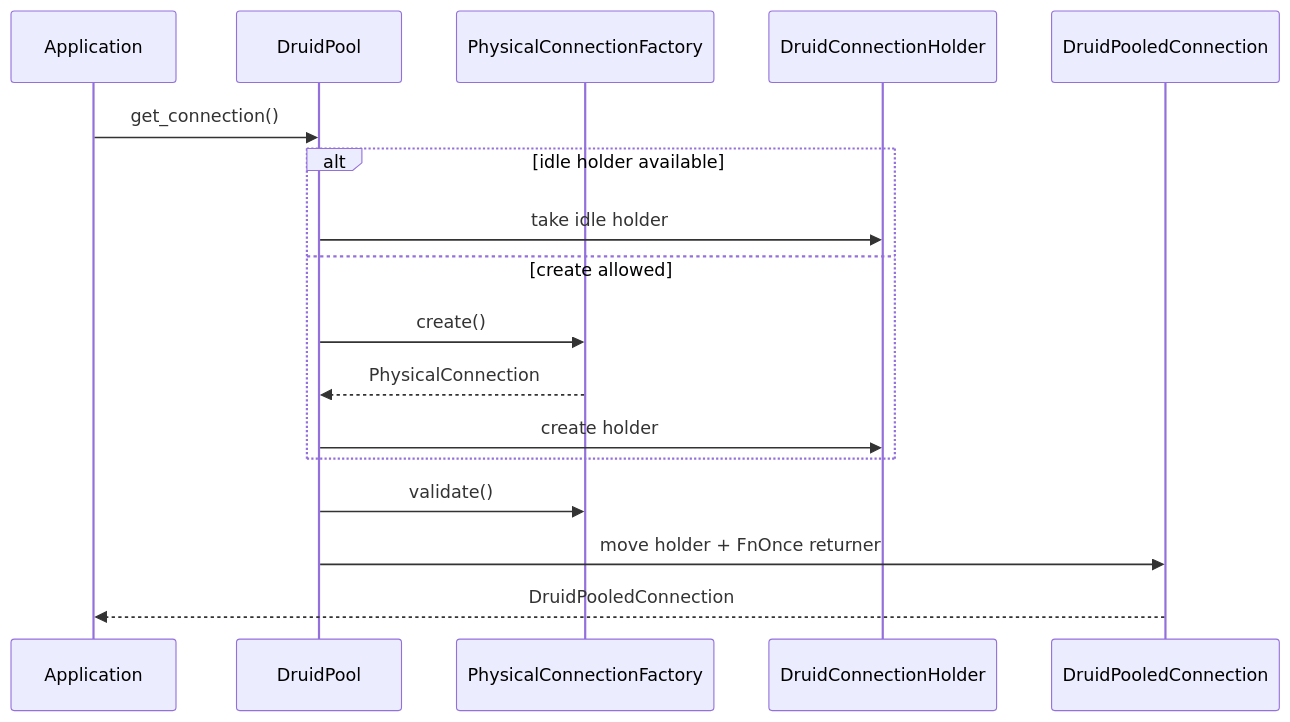
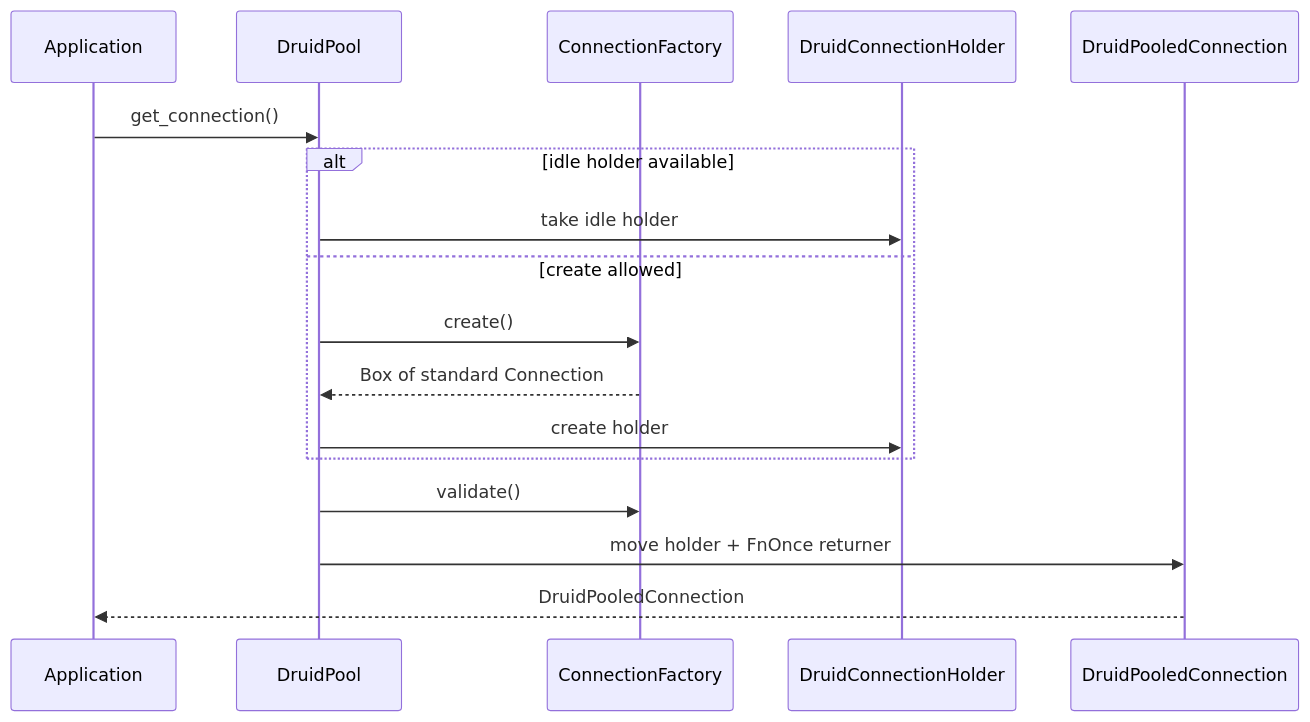
One commit to easy-4-rust/druid-rust changed the fourth of 7 diagrams in docs/druid-rust-Architecture.zh_CN.md. Above: the diagram before and after it, drawn with Mermaid. The commit also changed other lines of this file and 1384 other files, not shown here.

````diff
--- a/docs/druid-rust-Architecture.zh_CN.md
+++ b/docs/druid-rust-Architecture.zh_CN.md
@@ -190,20 +206,20 @@
 ```mermaid
 sequenceDiagram
     participant A as Application
     participant P as DruidPool
-    participant F as PhysicalConnectionFactory
+    participant F as ConnectionFactory
     participant H as DruidConnectionHolder
     participant C as DruidPooledConnection
 
     A->>P: get_connection()
     alt idle holder available
         P->>H: take idle holder
     else create allowed
         P->>F: create()
-        F-->>P: PhysicalConnection
+        F-->>P: Box of standard Connection
         P->>H: create holder
     end
     P->>F: validate()
     P->>C: move holder + FnOnce returner
     C-->>A: DruidPooledConnection
 ```
````
